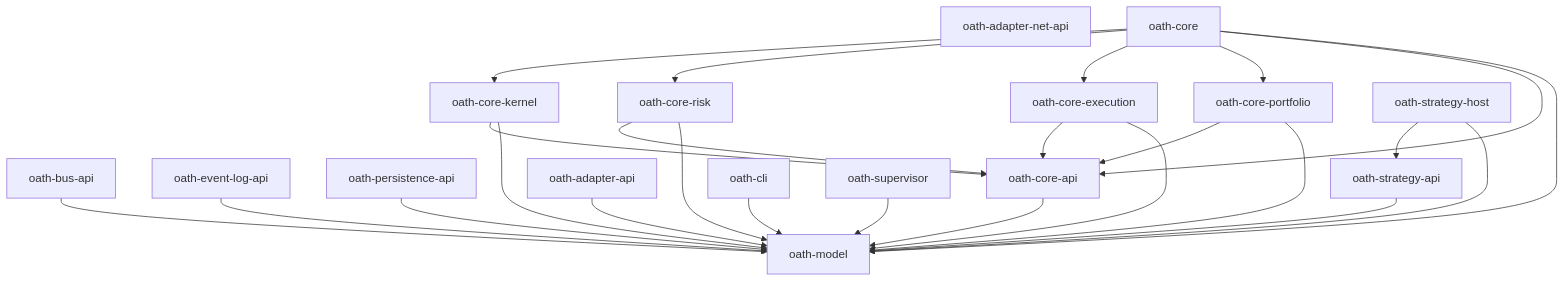
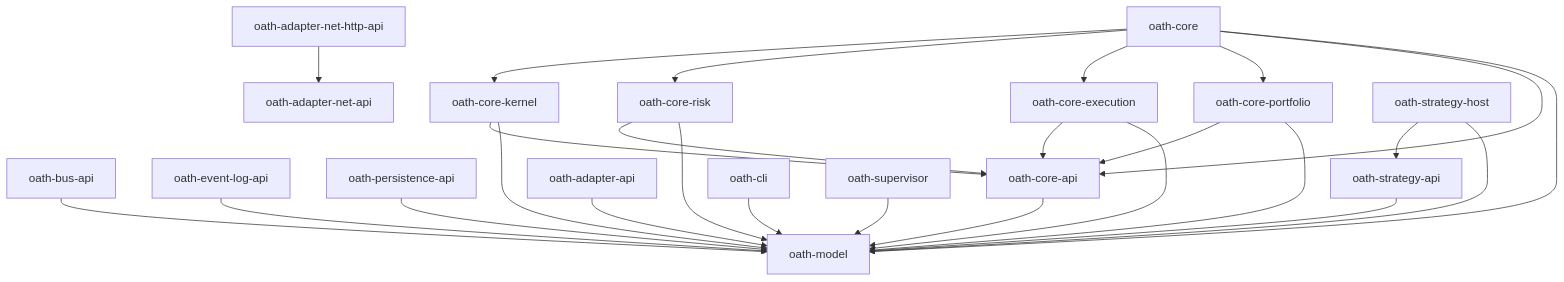
The diagram in README.md (NotAProfDev/oath), drawn with Mermaid before and after one commit. The commit also changed other lines of this file and 11 other files, not shown here.

First line of the commit message:
feat(net): ADR-0029 repartition — move Service to net-http-api, add kernel Timer (#58)

````diff
--- a/README.md
+++ b/README.md
@@ -33,33 +34,34 @@
 ```mermaid
 graph TD
     model[oath-model]
 
     busapi[oath-bus-api] --> model
     evlog[oath-event-log-api] --> model
     perapi[oath-persistence-api] --> model
     coreapi[oath-core-api] --> model
     adapterapi[oath-adapter-api] --> model
     stratapi[oath-strategy-api] --> model
     netapi[oath-adapter-net-api]
+    nethttpapi[oath-adapter-net-http-api] --> netapi
 
     risk[oath-core-risk] --> coreapi
     risk --> model
     exe[oath-core-execution] --> coreapi
     exe --> model
     por[oath-core-portfolio] --> coreapi
     por --> model
     kernel[oath-core-kernel] --> coreapi
     kernel --> model
 
     core[oath-core] --> kernel
     core --> risk
     core --> exe
     core --> por
     core --> coreapi
     core --> model
 
     strathost[oath-strategy-host] --> stratapi
     strathost --> model
     cli[oath-cli] --> model
     sup[oath-supervisor] --> model
 ```
````
